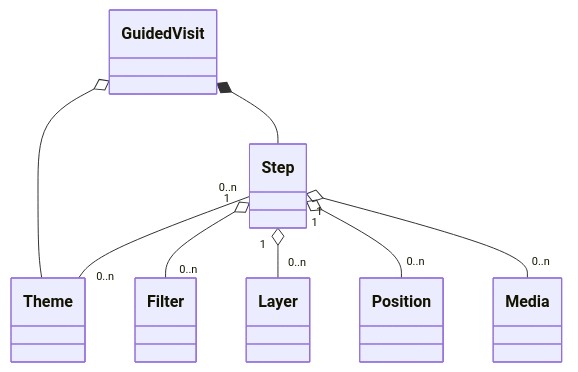
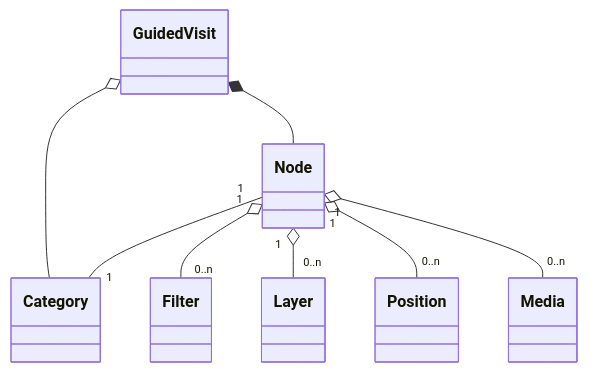
Before and after one commit to VCityTeam/UD-Demo-TIGA-Vallee-Du-Gier: the first of 2 diagrams in Readme.md, drawn with Mermaid. The commit also changed other lines of this file, not shown here.

````diff
--- a/Readme.md
+++ b/Readme.md
@@ -39,11 +73,10 @@
 ```mermaid
 classDiagram
-    GuidedVisit *-- Step
-    GuidedVisit o-- Theme
-    Step "0..n" -- "0..n" Theme
-    Step "1" o-- "0..n" Filter
-    Step "1" o-- "0..n" Layer
-    Step "1" o-- "0..n" Position
-    Step "1" o-- "0..n" Media
-
+    GuidedVisit *-- Node
+    GuidedVisit o-- Category
+    Node "1" -- "1" Category
+    Node "1" o-- "0..n" Filter
+    Node "1" o-- "0..n" Layer
+    Node "1" o-- "0..n" Position
+    Node "1" o-- "0..n" Media
 ```
````
